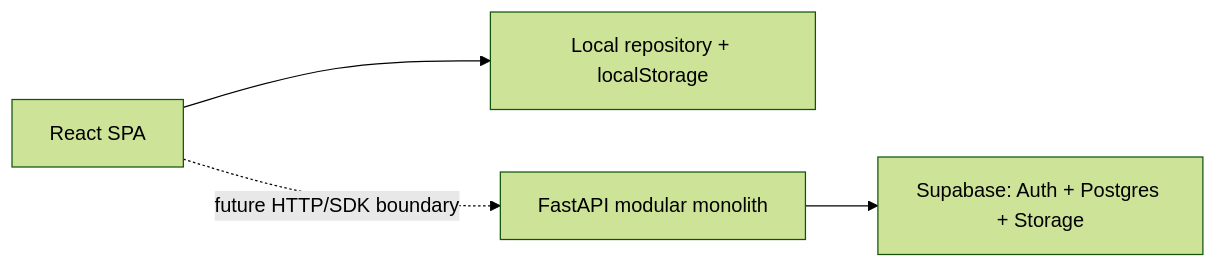
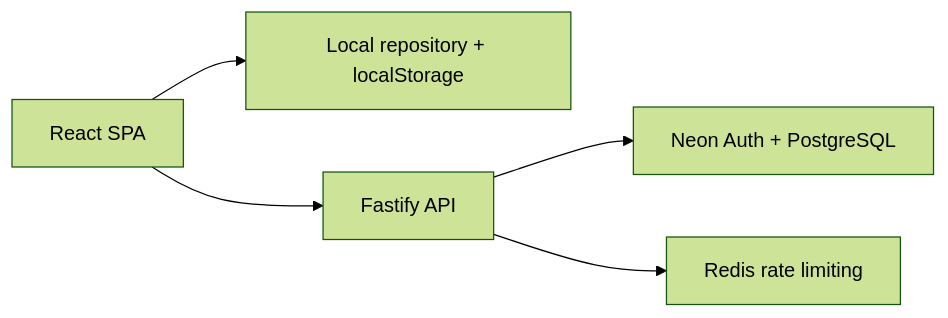
One commit to Kevskiiis/nerdos changed the diagram in README.md. Above: the diagram before and after it, drawn with Mermaid (forest theme). The commit also changed other lines of this file and 6 other files, not shown here.

````diff
--- a/README.md
+++ b/README.md
@@ -55,6 +67,7 @@
 ```mermaid
 flowchart LR
     Browser["React SPA"] --> Local["Local repository + localStorage"]
-    Browser -. future HTTP/SDK boundary .-> API["FastAPI modular monolith"]
-    API --> Supabase["Supabase: Auth + Postgres + Storage"]
+    Browser --> API["Fastify API"]
+    API --> Neon["Neon Auth + PostgreSQL"]
+    API --> Redis["Redis rate limiting"]
 ```
````
